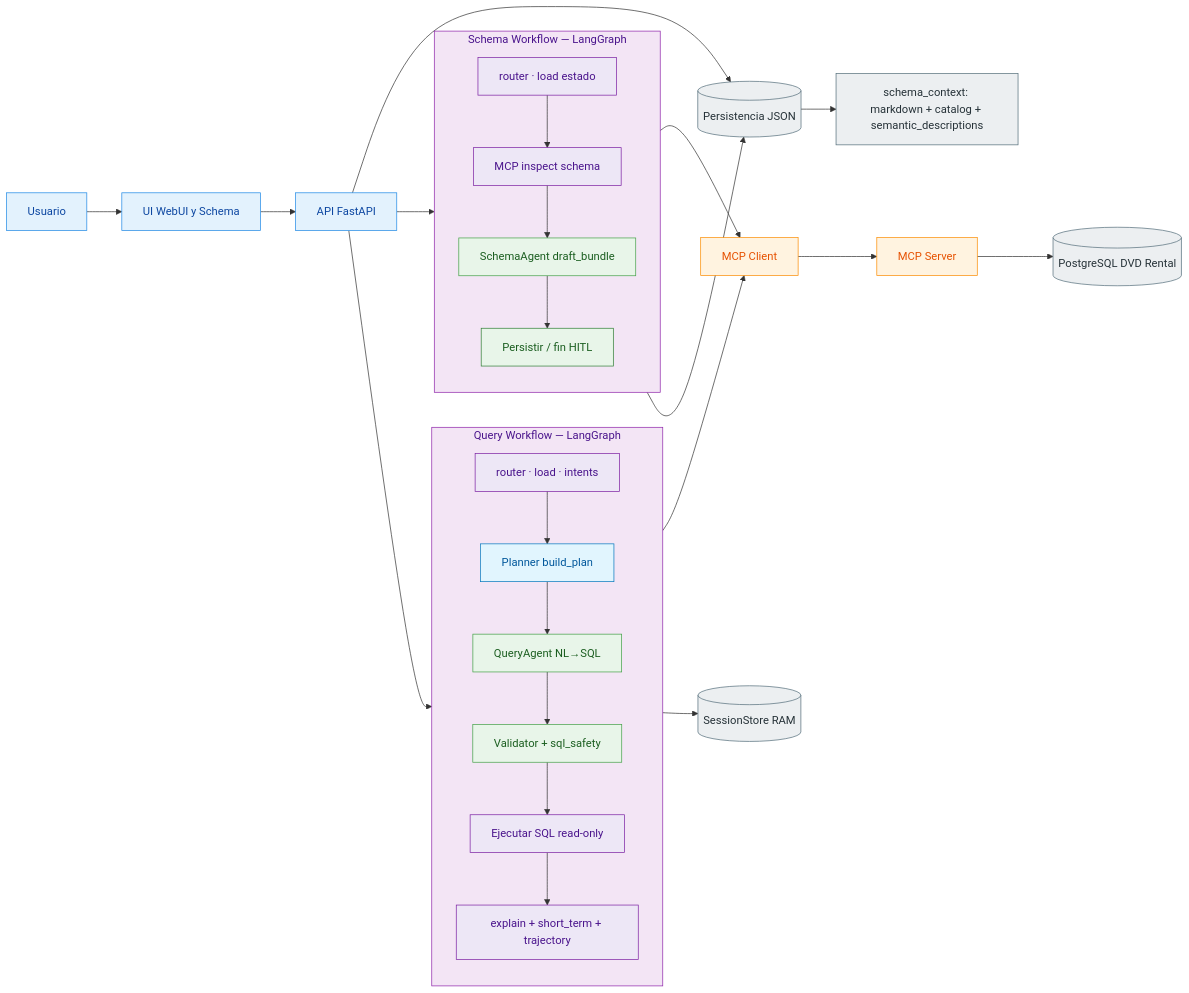
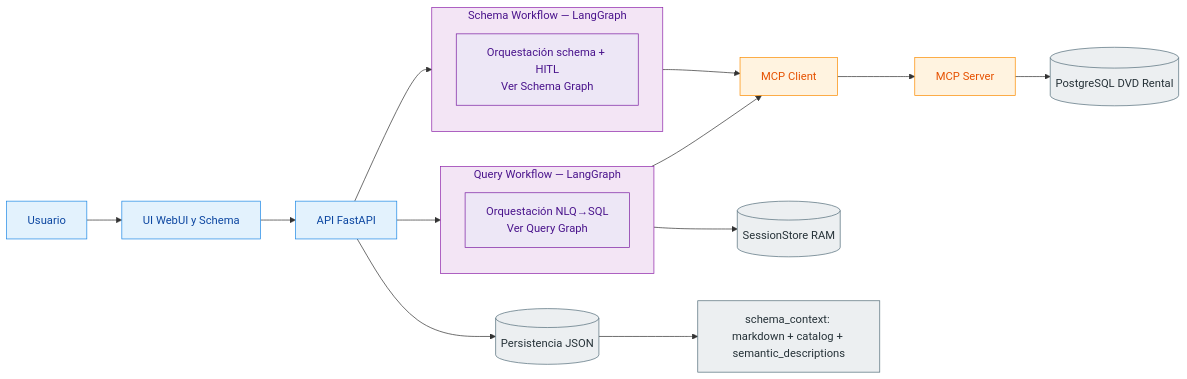
The first of 3 diagrams in README.md (boullo2002/TP-multiagentes), drawn with Mermaid before and after one commit. The commit also changed other lines of this file and 23 other files, not shown here.

````diff
--- a/README.md
+++ b/README.md
@@ -18,53 +19,43 @@
 ```mermaid
 flowchart LR
     U[Usuario] --> UI[UI WebUI y Schema]
     UI --> API[API FastAPI]
 
     subgraph QW[Query Workflow — LangGraph]
         direction TB
-        Q0[router · load · intents] --> PL[Planner build_plan]
-        PL --> QA[QueryAgent NL→SQL]
-        QA --> VAL[Validator + sql_safety]
-        VAL --> QEX[Ejecutar SQL read-only]
-        QEX --> QXP[explain + short_term + trajectory]
+        Q0[Orquestación NLQ→SQL<br/>Ver Query Graph]
     end
 
     subgraph SW[Schema Workflow — LangGraph]
         direction TB
-        S0[router · load estado] --> SIN[MCP inspect schema]
-        SIN --> SDR[SchemaAgent draft_bundle]
-        SDR --> SPE[Persistir / fin HITL]
+        S0[Orquestación schema + HITL<br/>Ver Schema Graph]
     end
 
     API --> Q0
     API --> S0
 
-    SIN --> MCPC[MCP Client]
-    QEX --> MCPC
+    Q0 --> MCPC[MCP Client]
+    S0 --> MCPC
     MCPC --> MCPS[MCP Server]
     MCPS --> DB[(PostgreSQL DVD Rental)]
 
     API --> P[(Persistencia JSON)]
-    SPE --> P
-    QXP --> SESS[(SessionStore RAM)]
+    Q0 --> SESS[(SessionStore RAM)]
 
     P --> CTX[schema_context: markdown + catalog + semantic_descriptions]
 
     classDef ext fill:#E3F2FD,stroke:#1E88E5,color:#0D47A1,stroke-width:1px;
     classDef subgraphBox fill:#F3E5F5,stroke:#8E24AA,color:#4A148C,stroke-width:1px;
     classDef step fill:#EDE7F6,stroke:#7B1FA2,color:#4A148C,stroke-width:1px;
     classDef agent fill:#E8F5E9,stroke:#43A047,color:#1B5E20,stroke-width:1px;
     classDef planner fill:#E1F5FE,stroke:#0277BD,color:#01579B,stroke-width:1px;
     classDef mcp fill:#FFF3E0,stroke:#FB8C00,color:#E65100,stroke-width:1px;
     classDef data fill:#ECEFF1,stroke:#546E7A,color:#263238,stroke-width:1px;
     classDef persist fill:#E8F5E9,stroke:#2E7D32,color:#1B5E20,stroke-width:1px;
 
     class U,UI,API ext;
     class QW,SW subgraphBox;
-    class Q0,QEX,QXP,S0,SIN step;
-    class QA,VAL,SDR agent;
-    class PL planner;
+    class Q0,S0 step;
     class MCPC,MCPS mcp;
     class DB,P,SESS,CTX data;
-    class SPE persist;
 ```
````
